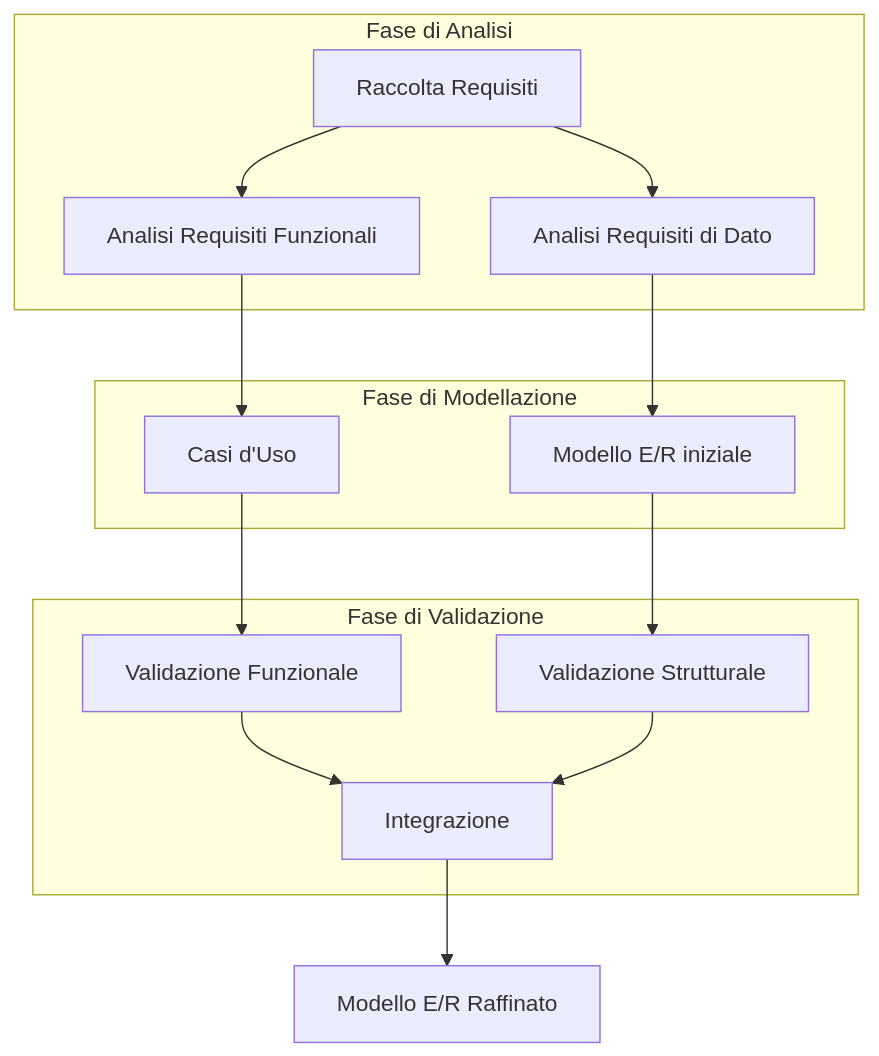
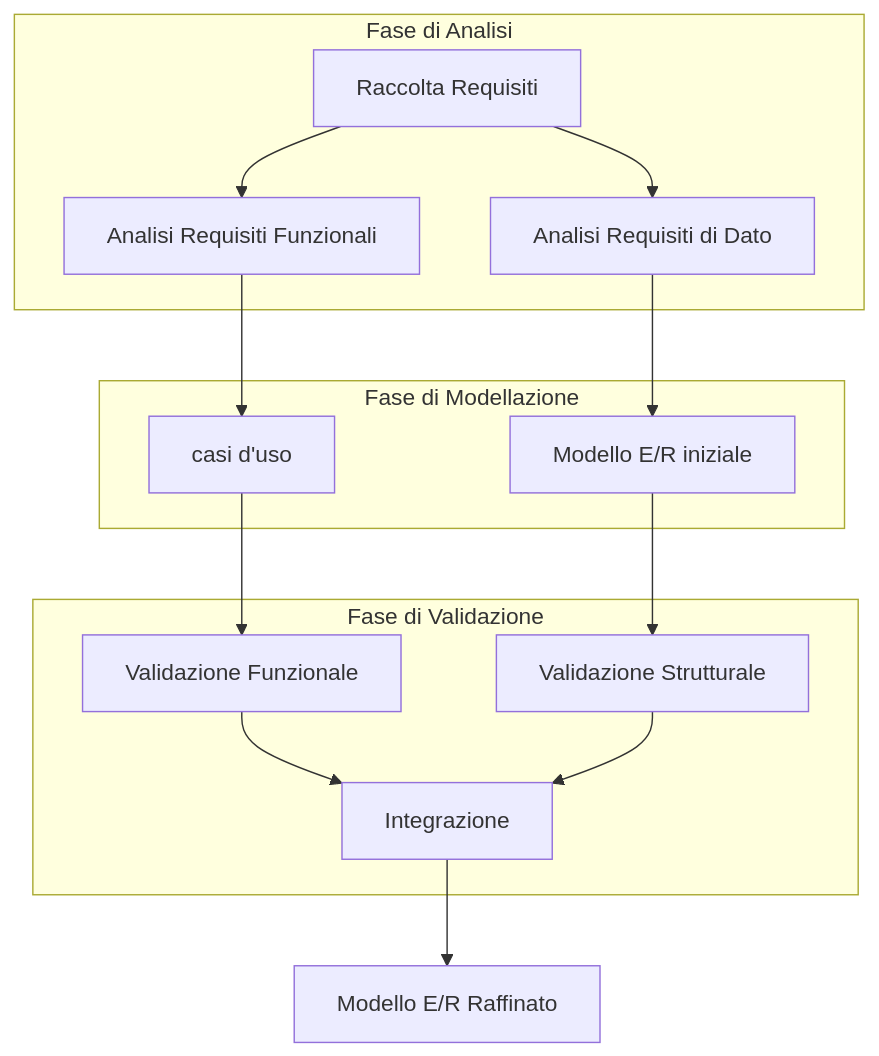
Before and after one commit to GreppiDev/Info5IA2425WebDev: the first of 6 diagrams in rasd/use-cases-er-requirements/index.md, drawn with Mermaid. The commit also changed other lines of this file and 11 other files, not shown here.

````diff
--- a/rasd/use-cases-er-requirements/index.md
+++ b/rasd/use-cases-er-requirements/index.md
@@ -130,33 +130,33 @@
 ```mermaid
 flowchart TB
     R1[Raccolta Requisiti] --> A1[Analisi Requisiti Funzionali]
     R1 --> A2[Analisi Requisiti di Dato]
     
-    A1 --> UC[Casi d'Uso]
+    A1 --> UC[casi d'uso]
     A2 --> ER[Modello E/R iniziale]
     
     UC --> V1[Validazione Funzionale]
     ER --> V2[Validazione Strutturale]
     
     V1 --> I[Integrazione]
     V2 --> I
     
     I --> ER2[Modello E/R Raffinato]
     
     subgraph "Fase di Analisi"
         R1
         A1
         A2
     end
     
     subgraph "Fase di Modellazione"
         UC
         ER
     end
     
     subgraph "Fase di Validazione"
         V1
         V2
         I
     end
 ```
````
